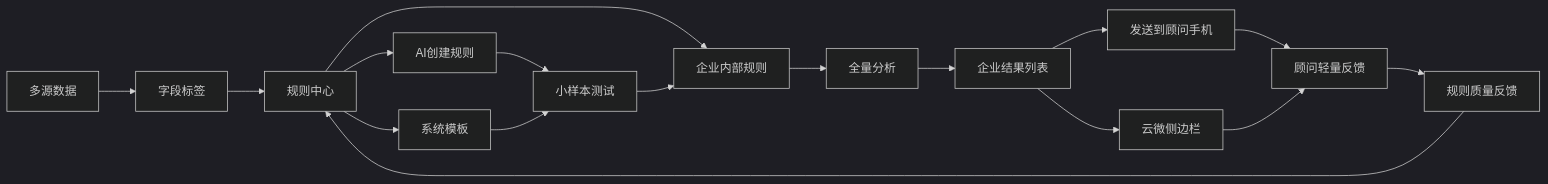
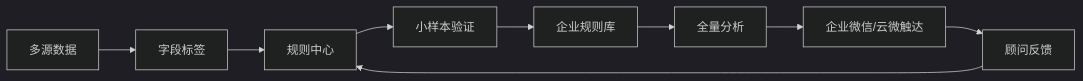
Before and after one commit to cat0141/AI-consultant: the diagram in docs/product-planning/ai-growth-os-leadership-report.md, drawn with Mermaid (dark theme). The commit also changed other lines of this file, not shown here.

````diff
--- a/docs/product-planning/ai-growth-os-leadership-report.md
+++ b/docs/product-planning/ai-growth-os-leadership-report.md
@@ -101,19 +82,11 @@
 ```mermaid
 flowchart LR
     A[多源数据] --> B[字段标签]
     B --> C[规则中心]
-    C --> C1[AI创建规则]
-    C --> C2[系统模板]
-    C --> C3[企业内部规则]
-    C1 --> D[小样本测试]
-    C2 --> D
-    C3 --> E[全量分析]
-    D --> C3
-    E --> F[企业结果列表]
-    F --> G[发送到顾问手机]
-    F --> H[云微侧边栏]
-    G --> I[顾问轻量反馈]
-    H --> I
-    I --> J[规则质量反馈]
-    J --> C
+    C --> D[小样本验证]
+    D --> E[企业规则库]
+    E --> F[全量分析]
+    F --> G[企业微信/云微触达]
+    G --> H[顾问反馈]
+    H --> C
 ```
````
